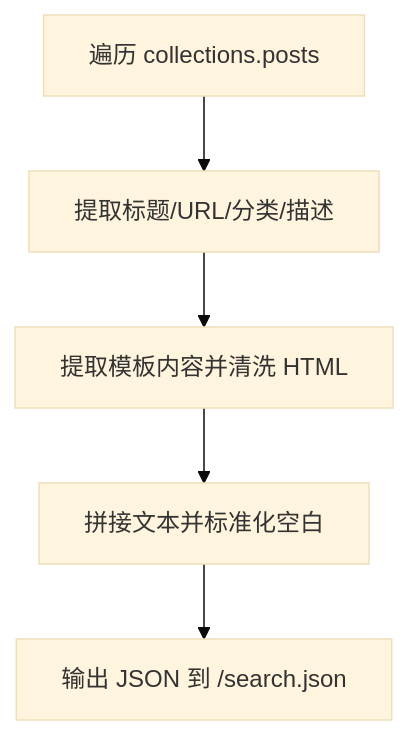
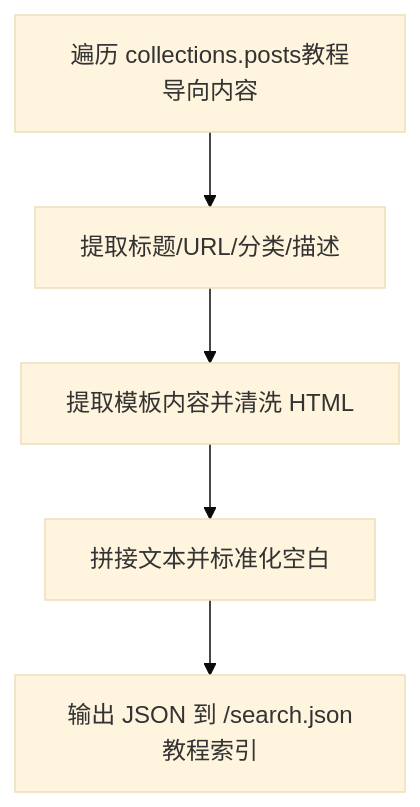
One commit to FXnadu/rainyNight-11ty changed the seventh of 8 diagrams in .qoder/repowiki/zh/content/内容管理系统/内容组织结构.md. Above: the diagram before and after it, drawn with Mermaid (base theme). The commit also changed other lines of this file and 79 other files, not shown here.

````diff
--- a/.qoder/repowiki/zh/content/内容管理系统/内容组织结构.md
+++ b/.qoder/repowiki/zh/content/内容管理系统/内容组织结构.md
@@ -288,7 +323,7 @@
 ```mermaid
 flowchart TD
-A["遍历 collections.posts"] --> B["提取标题/URL/分类/描述"]
+A["遍历 collections.posts教程导向内容"] --> B["提取标题/URL/分类/描述"]
 B --> C["提取模板内容并清洗 HTML"]
 C --> D["拼接文本并标准化空白"]
-D --> E["输出 JSON 到 /search.json"]
+D --> E["输出 JSON 到 /search.json教程索引"]
 ```
````
